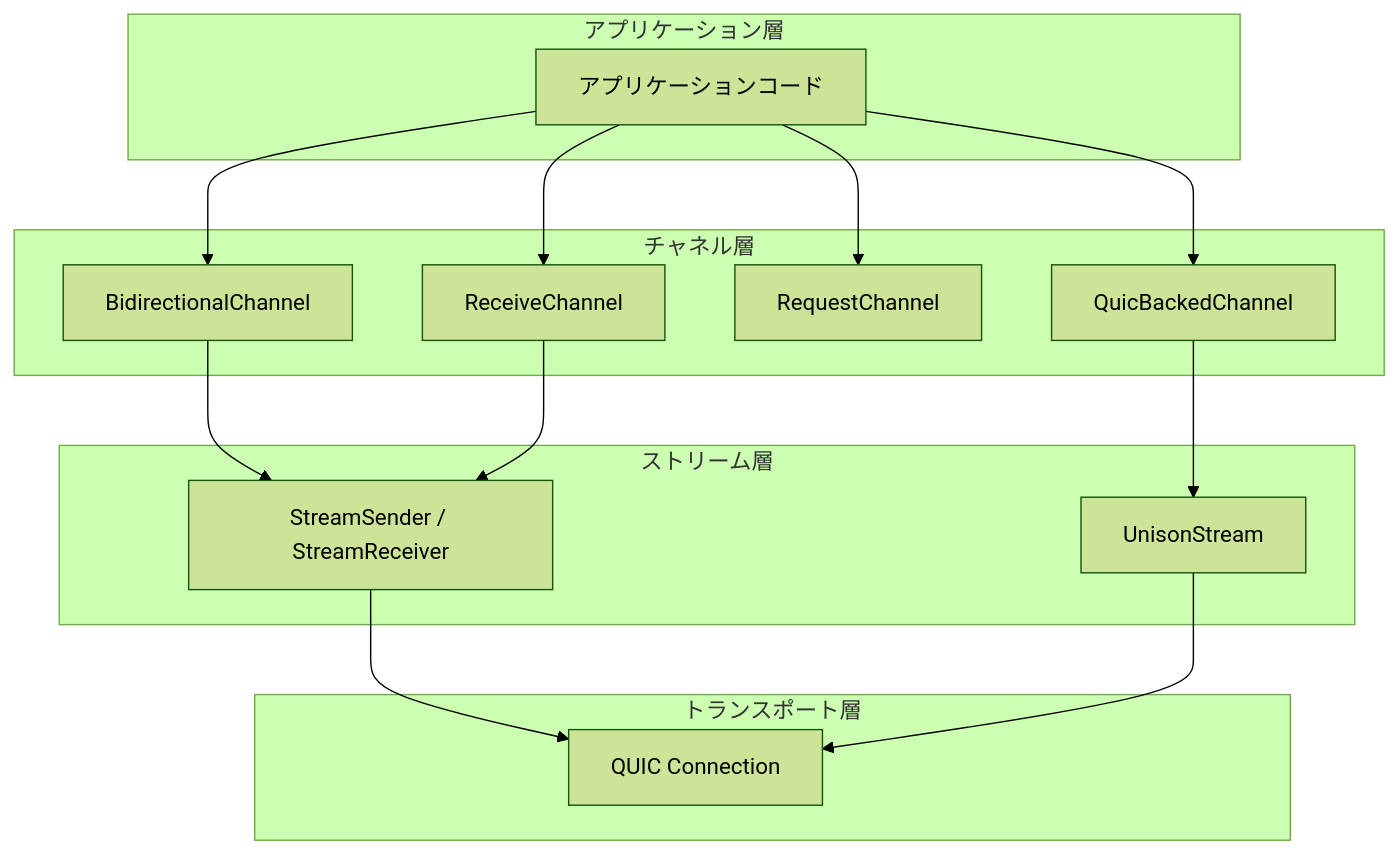
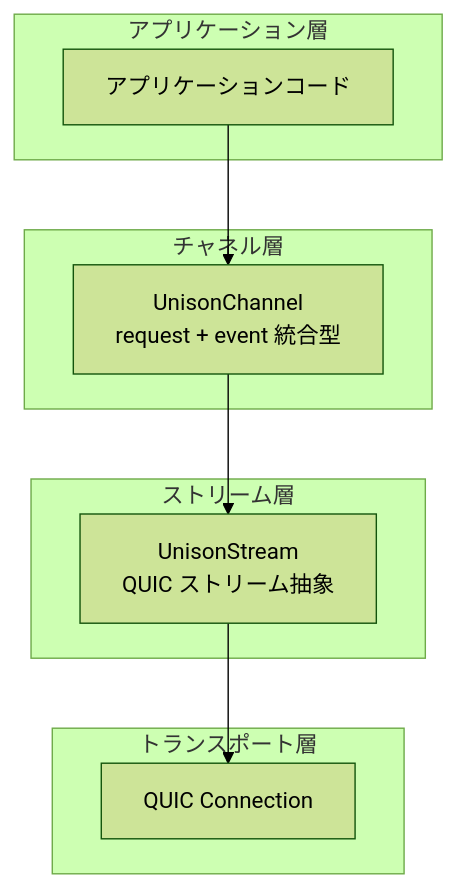
Before and after one commit to chronista-club/unison: the first of 8 diagrams in spec/03-stream-channels/SPEC.md, drawn with Mermaid (forest theme). The commit also changed other lines of this file and 33 other files, not shown here.

````diff
--- a/spec/03-stream-channels/SPEC.md
+++ b/spec/03-stream-channels/SPEC.md
@@ -37,32 +39,22 @@
 ```mermaid
 graph TB
     subgraph "アプリケーション層"
         App[アプリケーションコード]
     end
 
     subgraph "チャネル層"
-        BC[BidirectionalChannel]
-        RC[ReceiveChannel]
-        ReqC[RequestChannel]
-        QBC[QuicBackedChannel]
+        UC[UnisonChannel<br/>request + event 統合型]
     end
 
     subgraph "ストリーム層"
-        SS[StreamSender / StreamReceiver]
-        US[UnisonStream]
+        US[UnisonStream<br/>QUIC ストリーム抽象]
     end
 
     subgraph "トランスポート層"
         QUIC[QUIC Connection]
     end
 
-    App --> BC
-    App --> RC
-    App --> ReqC
-    App --> QBC
-    BC --> SS
-    RC --> SS
-    QBC --> US
-    SS --> QUIC
+    App --> UC
+    UC --> US
     US --> QUIC
 ```
````
